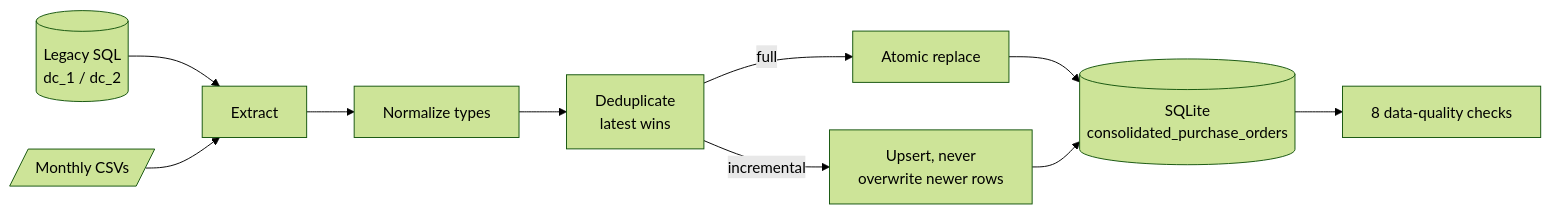
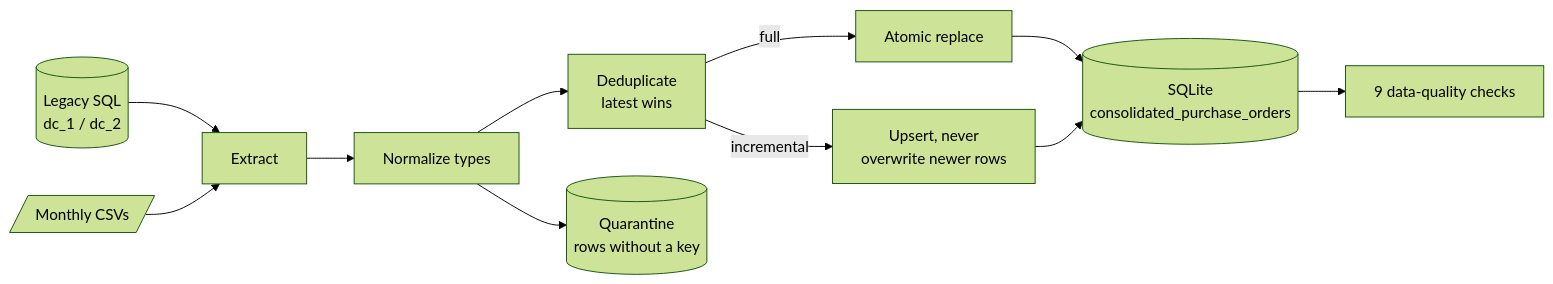
The first of 5 diagrams in README.md (benedetto597/multi-source-orders-etl), drawn with Mermaid (forest theme) before and after one commit. The commit also changed other lines of this file and 1 other file, not shown here.

Commit message:
docs: document quarantine and refresh sample numbers and diagrams

````diff
--- a/README.md
+++ b/README.md
@@ -19,12 +19,13 @@
 ```mermaid
 flowchart LR
     A[(Legacy SQL<br/>dc_1 / dc_2)] --> E[Extract]
     B[/Monthly CSVs/] --> E
     E --> N[Normalize types]
     N --> D[Deduplicate<br/>latest wins]
+    N --> Q[(Quarantine<br/>rows without a key)]
     D -->|full| F[Atomic replace]
     D -->|incremental| U[Upsert, never<br/>overwrite newer rows]
     F --> T[(SQLite<br/>consolidated_purchase_orders)]
     U --> T
-    T --> V[8 data-quality checks]
+    T --> V[9 data-quality checks]
 ```
````
